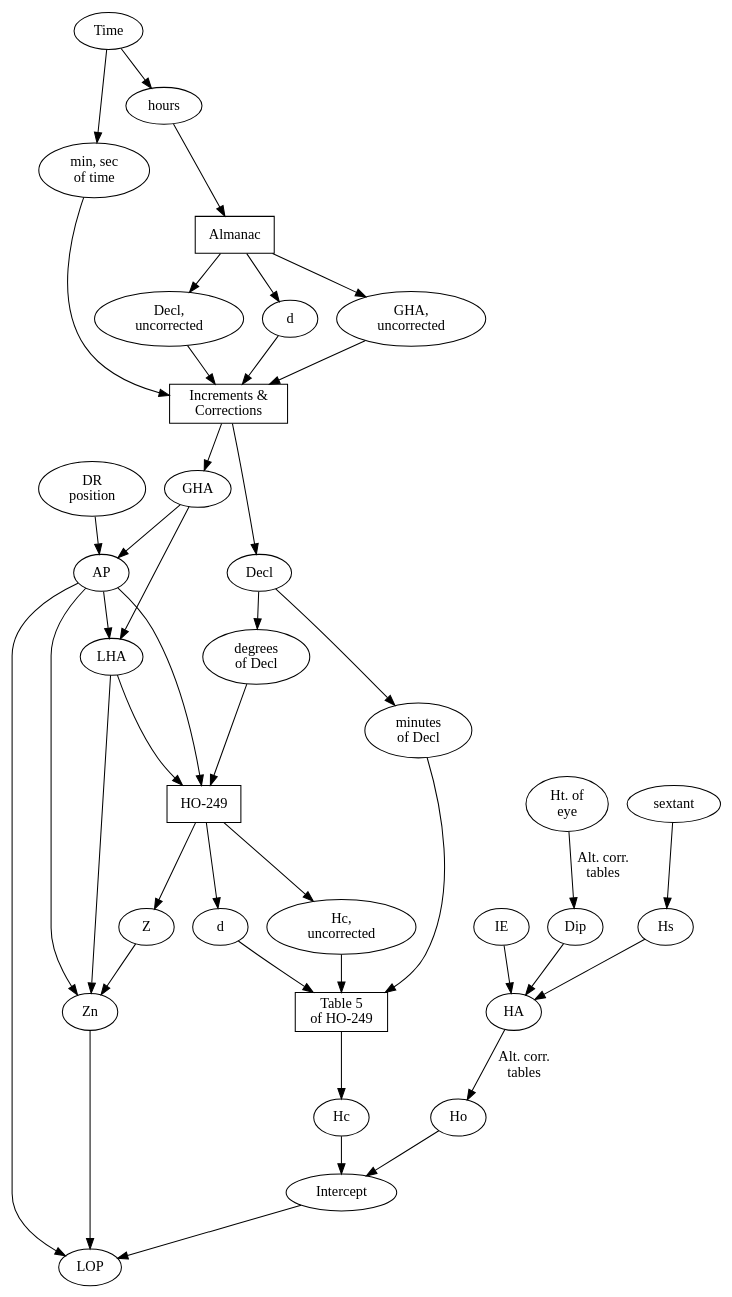
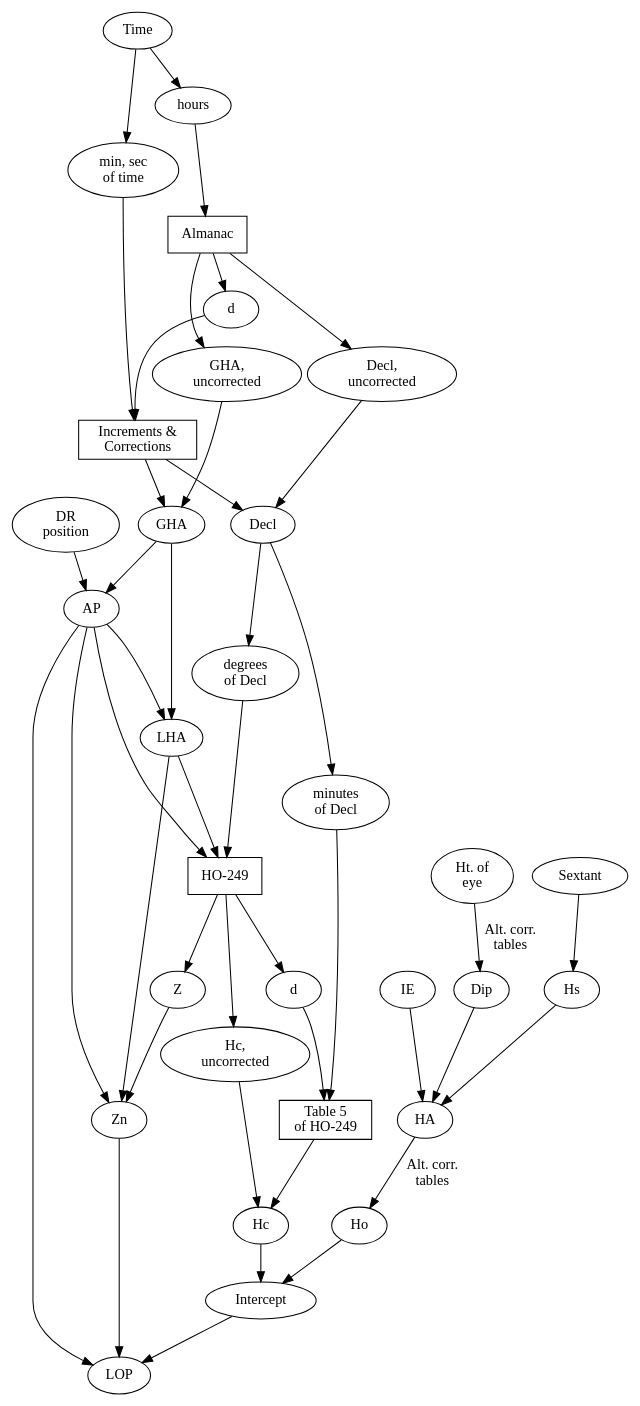
The diagram in sight reduction.dot (zimolzak/Sight-reduction-problems), drawn with Graphviz before and after one commit.

Commit message:
Show difference between addition and table lookup.

```diff
--- a/sight reduction.dot
+++ b/sight reduction.dot
@@ -1,74 +1,74 @@
 digraph {
 
 DR_pos [label="DR\nposition"]
 Ht_of_eye [label="Ht. of\neye"]
 HO_249 [label="HO-249"]
 
 min_sec [label="min, sec\nof time"]
 GHA_u [label="GHA,\nuncorrected"]
 Decl_u [label="Decl,\nuncorrected"]
 Decl_d [label="degrees\nof Decl"]
 Decl_m [label="minutes\nof Decl"]
 Hc_u [label="Hc,\nuncorrected"]
 
 AP -> Zn
 LHA -> Zn
 
-sextant -> Hs
+Sextant -> Hs
 Hs -> HA
 IE -> HA
 Ht_of_eye -> Dip [label="Alt. corr.\ntables"]
 Dip -> HA
 HA -> Ho [label="Alt. corr.\ntables"]
 
 Time -> hours
 Time -> min_sec
 
 Almanac [shape="rectangle"]
 hours -> Almanac
 
 Almanac -> GHA_u
 Almanac -> Decl_u
 Almanac -> d
 
 ic [label="Increments &\nCorrections" shape="rectangle"]
 min_sec -> ic
-GHA_u -> ic
-Decl_u -> ic
+GHA_u -> GHA
+Decl_u -> Decl
 d -> ic
 ic -> GHA
 ic -> Decl
 
 GHA -> AP
 DR_pos -> AP
 AP -> LHA
 GHA -> LHA
 
 HO_249 [shape="rectangle"]
 
 AP -> HO_249
 LHA -> HO_249
 
 Decl -> Decl_d
 Decl -> Decl_m
 Decl_d -> HO_249
 
 d2 [label="d"]
 HO_249 -> Hc_u
 HO_249 -> Z -> Zn
 HO_249 -> d2
 
 tab5 [label="Table 5\nof HO-249" shape="rectangle"]
 Decl_m -> tab5
 d2 -> tab5
-Hc_u -> tab5
+Hc_u -> Hc
 tab5 -> Hc
 
 Ho -> Intercept
 Hc -> Intercept
 
 AP -> LOP
 Zn -> LOP
 Intercept -> LOP
 
 }
```
